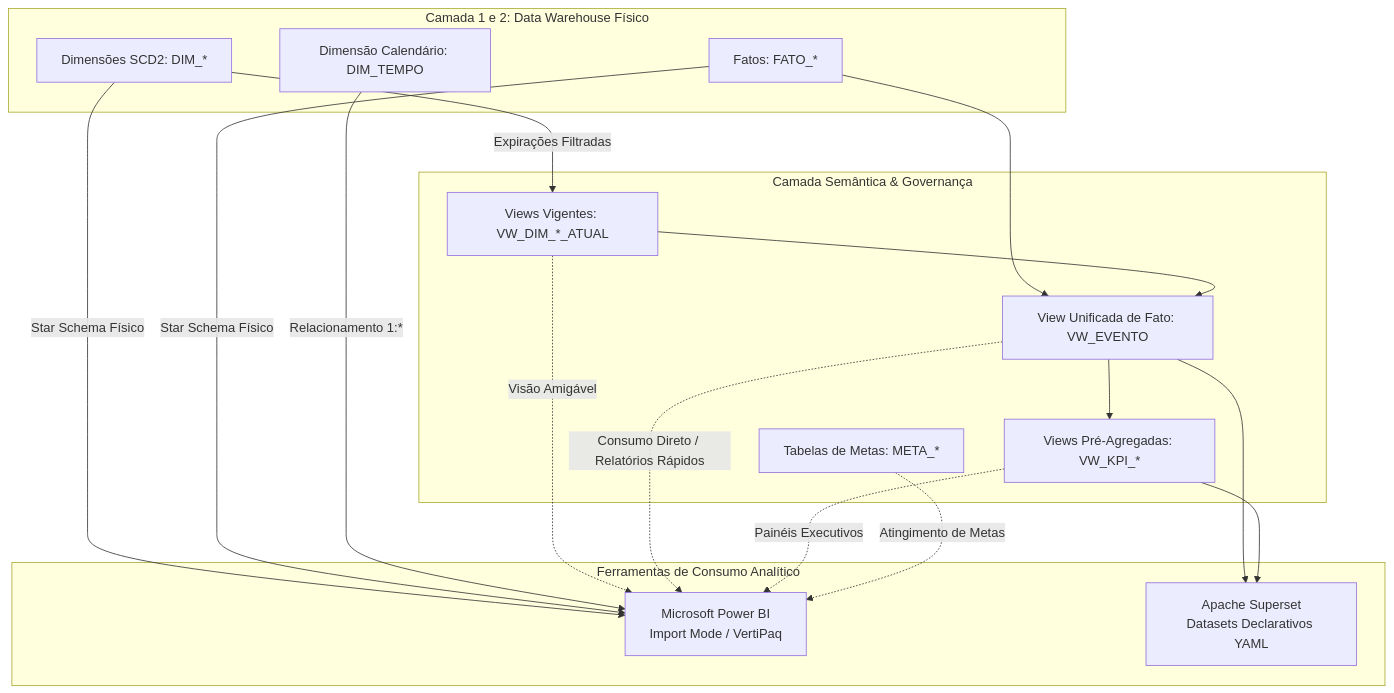
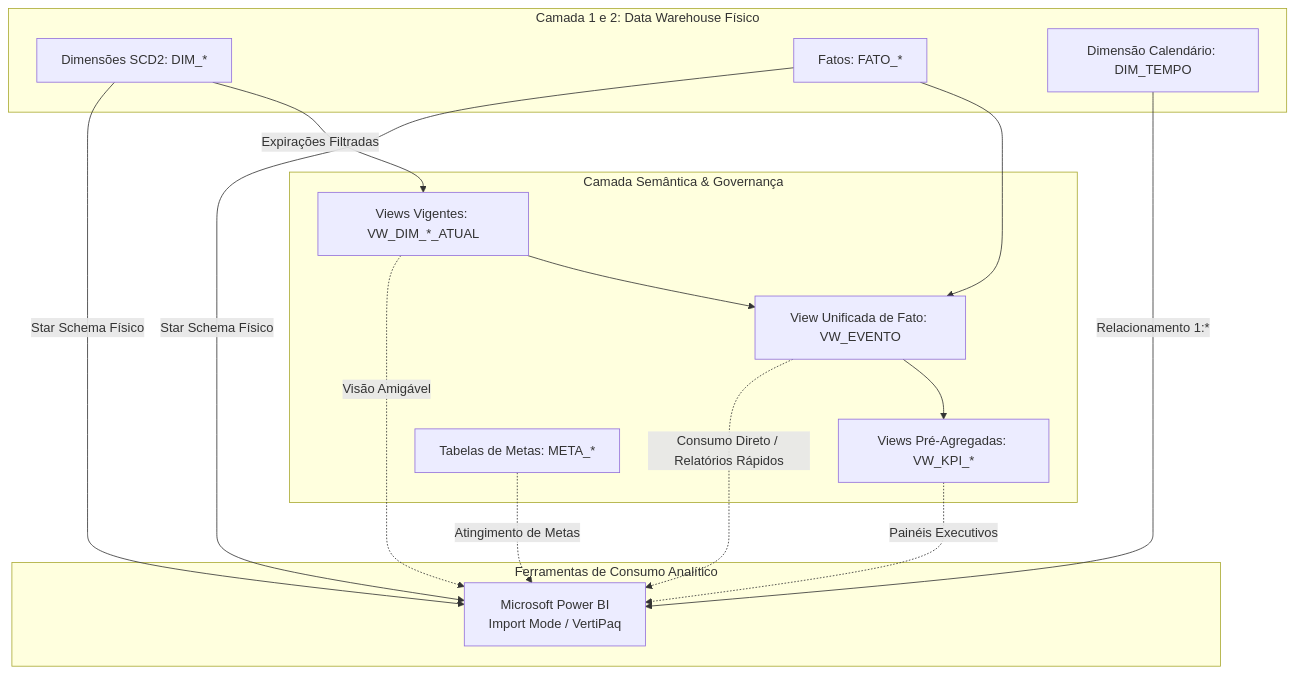
The first of 2 diagrams in documentacao/guias/GUIA_ANALISTA_BI.md (jef-prodeb01/NINHO.03), drawn with Mermaid before and after one commit. The commit also changed other lines of this file and 46 other files, not shown here.

````diff
--- a/documentacao/guias/GUIA_ANALISTA_BI.md
+++ b/documentacao/guias/GUIA_ANALISTA_BI.md
@@ -43,37 +40,33 @@
 ```mermaid
 flowchart TD
     subgraph DW[Camada 1 e 2: Data Warehouse Físico]
         DIM[Dimensões SCD2: DIM_*]
         FATO[Fatos: FATO_*]
         TEMPO[Dimensão Calendário: DIM_TEMPO]
     end
 
     subgraph SEM[Camada Semântica & Governança]
         VWDIM[Views Vigentes: VW_DIM_*_ATUAL]
         VWEV[View Unificada de Fato: VW_EVENTO]
         VWKPI[Views Pré-Agregadas: VW_KPI_*]
         META[Tabelas de Metas: META_*]
     end
 
     subgraph BI[Ferramentas de Consumo Analítico]
         PBI[Microsoft Power BI<br/>Import Mode / VertiPaq]
-        SPS[Apache Superset<br/>Datasets Declarativos YAML]
     end
 
     DIM -->|Expirações Filtradas| VWDIM
     FATO --> VWEV
     VWDIM --> VWEV
     VWEV --> VWKPI
 
     DIM -->|Star Schema Físico| PBI
     FATO -->|Star Schema Físico| PBI
     TEMPO -->|Relacionamento 1:*| PBI
 
     VWDIM -.->|Visão Amigável| PBI
     VWEV -.->|Consumo Direto / Relatórios Rápidos| PBI
     VWKPI -.->|Painéis Executivos| PBI
     META -.->|Atingimento de Metas| PBI
-
-    VWEV --> SPS
-    VWKPI --> SPS
 ```
````
